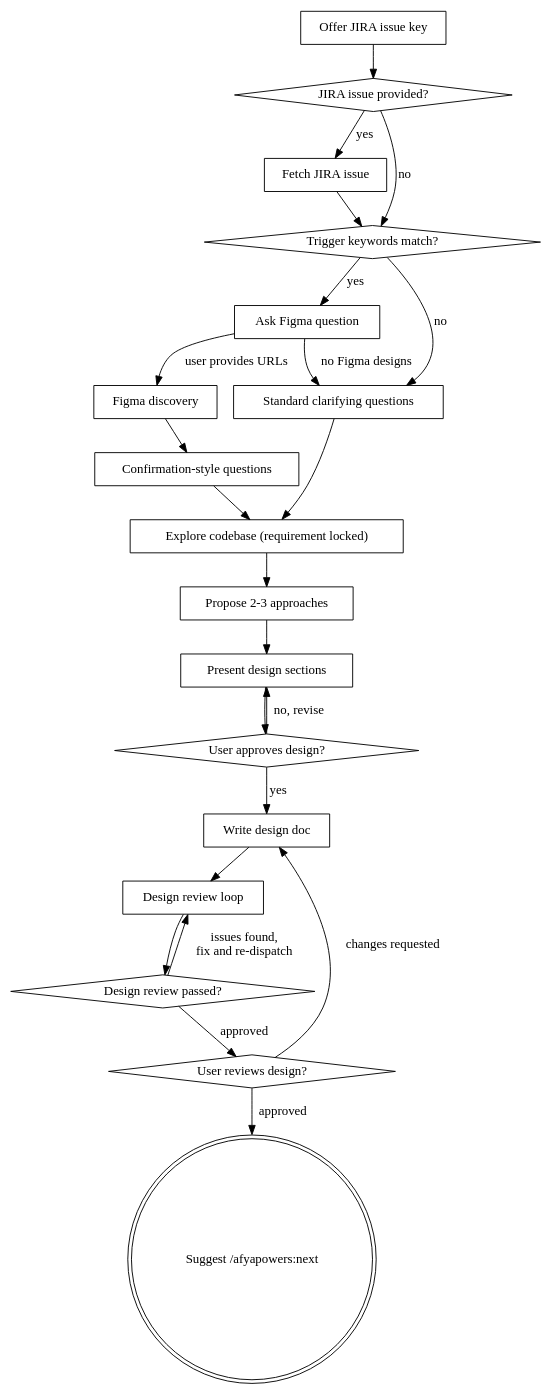
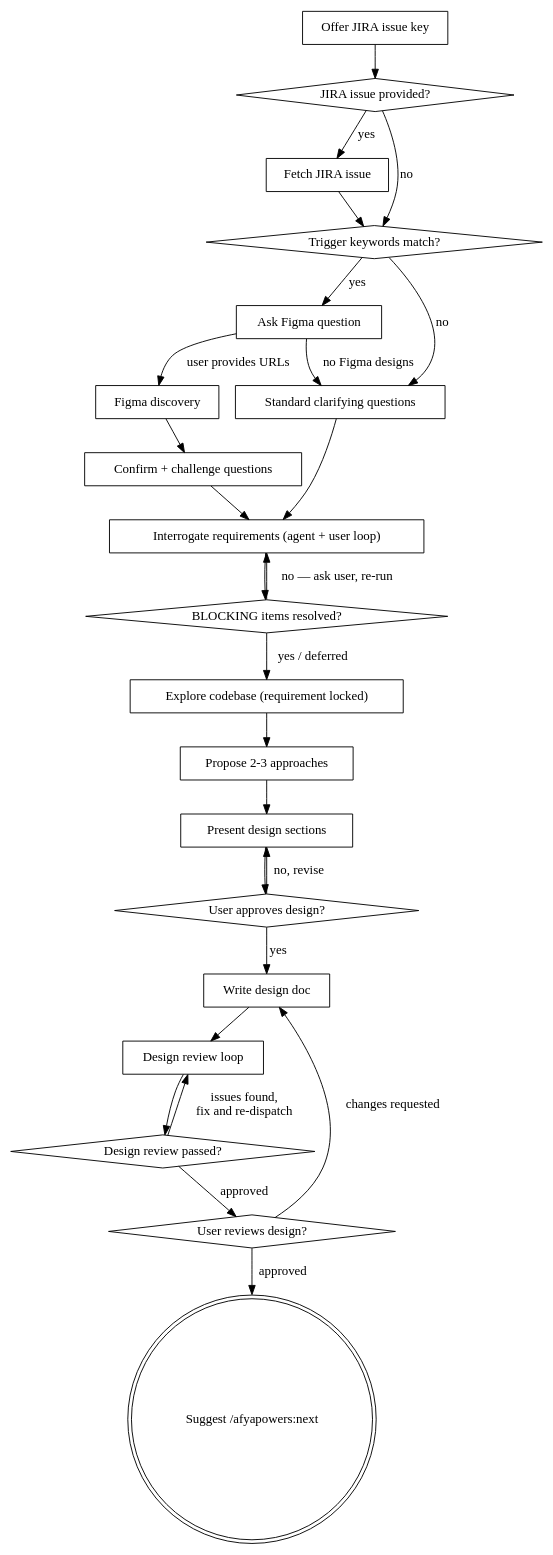
Before and after one commit to iclinic/afyapowers: the diagram in dist/claude/skills/design/SKILL.md, drawn with Graphviz. The commit also changed other lines of this file and 24 other files, not shown here.

````diff
--- a/dist/claude/skills/design/SKILL.md
+++ b/dist/claude/skills/design/SKILL.md
@@ -48,44 +53,49 @@
 ```dot
 digraph design {
     "Offer JIRA issue key" [shape=box];
     "JIRA issue provided?" [shape=diamond];
     "Fetch JIRA issue" [shape=box];
     "Trigger keywords match?" [shape=diamond];
     "Ask Figma question" [shape=box];
     "Figma discovery" [shape=box];
-    "Confirmation-style questions" [shape=box];
+    "Confirm + challenge questions" [shape=box];
     "Standard clarifying questions" [shape=box];
+    "Interrogate requirements (agent + user loop)" [shape=box];
+    "BLOCKING items resolved?" [shape=diamond];
     "Explore codebase (requirement locked)" [shape=box];
     "Propose 2-3 approaches" [shape=box];
     "Present design sections" [shape=box];
     "User approves design?" [shape=diamond];
     "Write design doc" [shape=box];
     "Design review loop" [shape=box];
     "Design review passed?" [shape=diamond];
     "User reviews design?" [shape=diamond];
     "Suggest /afyapowers:next" [shape=doublecircle];
 
     "Offer JIRA issue key" -> "JIRA issue provided?";
     "JIRA issue provided?" -> "Fetch JIRA issue" [label="yes"];
     "JIRA issue provided?" -> "Trigger keywords match?" [label="no"];
     "Fetch JIRA issue" -> "Trigger keywords match?";
     "Trigger keywords match?" -> "Ask Figma question" [label="yes"];
     "Trigger keywords match?" -> "Standard clarifying questions" [label="no"];
     "Ask Figma question" -> "Figma discovery" [label="user provides URLs"];
     "Ask Figma question" -> "Standard clarifying questions" [label="no Figma designs"];
-    "Figma discovery" -> "Confirmation-style questions";
-    "Confirmation-style questions" -> "Explore codebase (requirement locked)";
-    "Standard clarifying questions" -> "Explore codebase (requirement locked)";
+    "Figma discovery" -> "Confirm + challenge questions";
+    "Confirm + challenge questions" -> "Interrogate requirements (agent + user loop)";
+    "Standard clarifying questions" -> "Interrogate requirements (agent + user loop)";
+    "Interrogate requirements (agent + user loop)" -> "BLOCKING items resolved?";
+    "BLOCKING items resolved?" -> "Interrogate requirements (agent + user loop)" [label="no — ask user, re-run"];
+    "BLOCKING items resolved?" -> "Explore codebase (requirement locked)" [label="yes / deferred"];
     "Explore codebase (requirement locked)" -> "Propose 2-3 approaches";
     "Propose 2-3 approaches" -> "Present design sections";
     "Present design sections" -> "User approves design?";
     "User approves design?" -> "Present design sections" [label="no, revise"];
     "User approves design?" -> "Write design doc" [label="yes"];
     "Write design doc" -> "Design review loop";
     "Design review loop" -> "Design review passed?";
     "Design review passed?" -> "Design review loop" [label="issues found,\nfix and re-dispatch"];
     "Design review passed?" -> "User reviews design?" [label="approved"];
     "User reviews design?" -> "Write design doc" [label="changes requested"];
     "User reviews design?" -> "Suggest /afyapowers:next" [label="approved"];
 }
 ```
````
